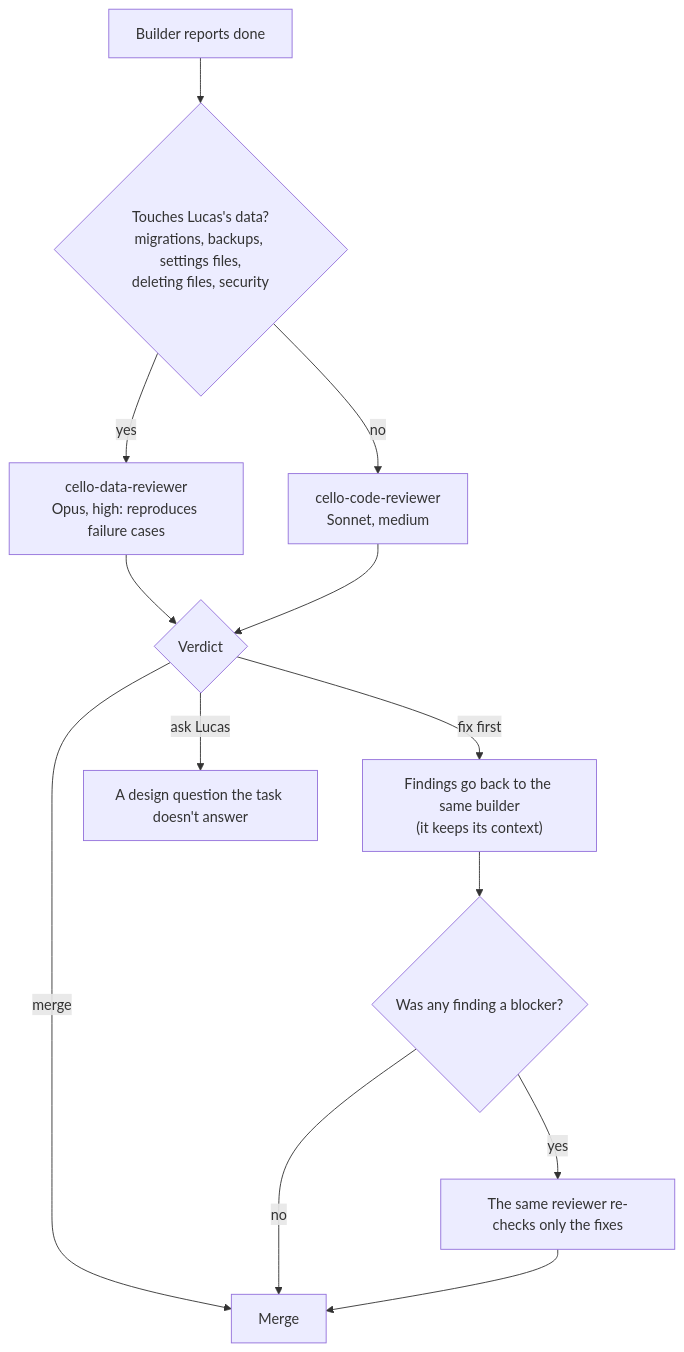
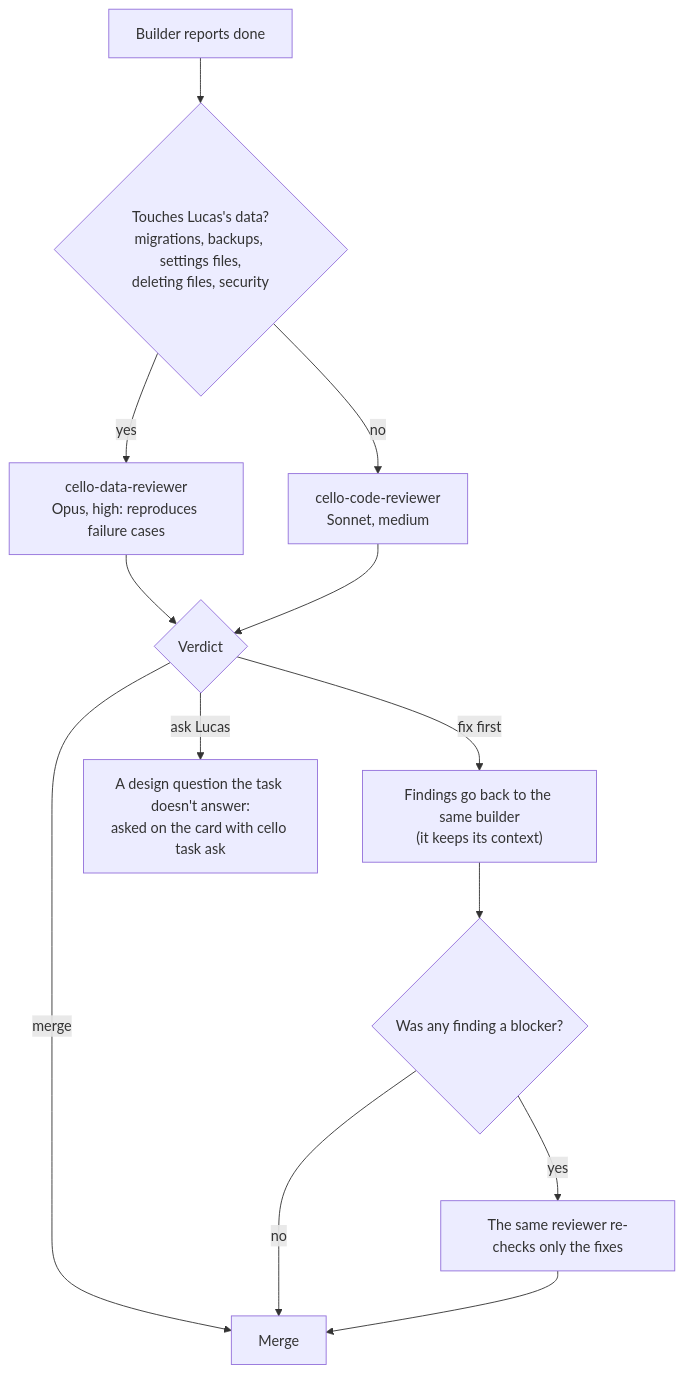
Before and after one commit to lnmunhoz/cello: the third of 4 diagrams in docs/feature-lifecycle.md, drawn with Mermaid. The commit also changed 4 other files, not shown here.

First line of the commit message:
docs: decisions that are Lucas's are asked on the card, never in the terminal (CEL-47)

````diff
--- a/docs/feature-lifecycle.md
+++ b/docs/feature-lifecycle.md
@@ -92,15 +92,15 @@
 ```mermaid
 flowchart TD
     A["Builder reports done"] --> B{"Touches Lucas's data?<br/>migrations, backups, settings files,<br/>deleting files, security"}
     B -->|yes| DR["cello-data-reviewer<br/>Opus, high: reproduces failure cases"]
     B -->|no| CR["cello-code-reviewer<br/>Sonnet, medium"]
     DR --> V{"Verdict"}
     CR --> V
     V -->|merge| M["Merge"]
     V -->|fix first| F["Findings go back to the same builder<br/>(it keeps its context)"]
     F --> X{"Was any finding a blocker?"}
     X -->|yes| R["The same reviewer re-checks only the fixes"]
     X -->|no| M
     R --> M
-    V -->|ask Lucas| Q["A design question the task doesn't answer"]
+    V -->|ask Lucas| Q["A design question the task doesn't answer:<br/>asked on the card with cello task ask"]
 ```
````
